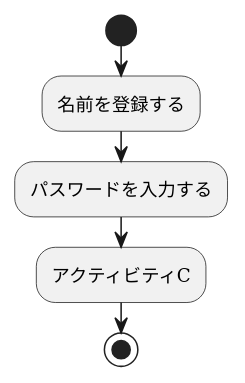
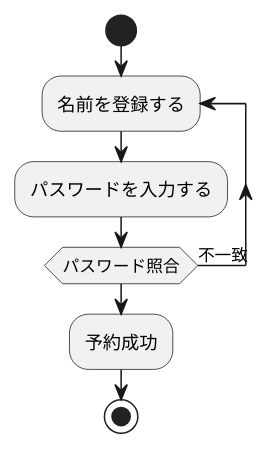
Before and after one commit to tanumahikaru/uml-into: the diagram in 演習7-1_AC_ホテル宿泊予約システムで予約.pu, drawn with PlantUML. The commit also changed 3 other files, not shown here.

```diff
--- a/演習7-1_AC_ホテル宿泊予約システムで予約.pu
+++ b/演習7-1_AC_ホテル宿泊予約システムで予約.pu
@@ -1,11 +1,9 @@
 @startuml 7-1
 
-
 start
-:名前を登録する;
-
-:パスワードを入力する;
-
-:アクティビティC;
+repeat :名前を登録する;
+    :パスワードを入力する;
+    repeat while (パスワード照合) is (不一致)
+:予約成功;
 stop
 @enduml
```
